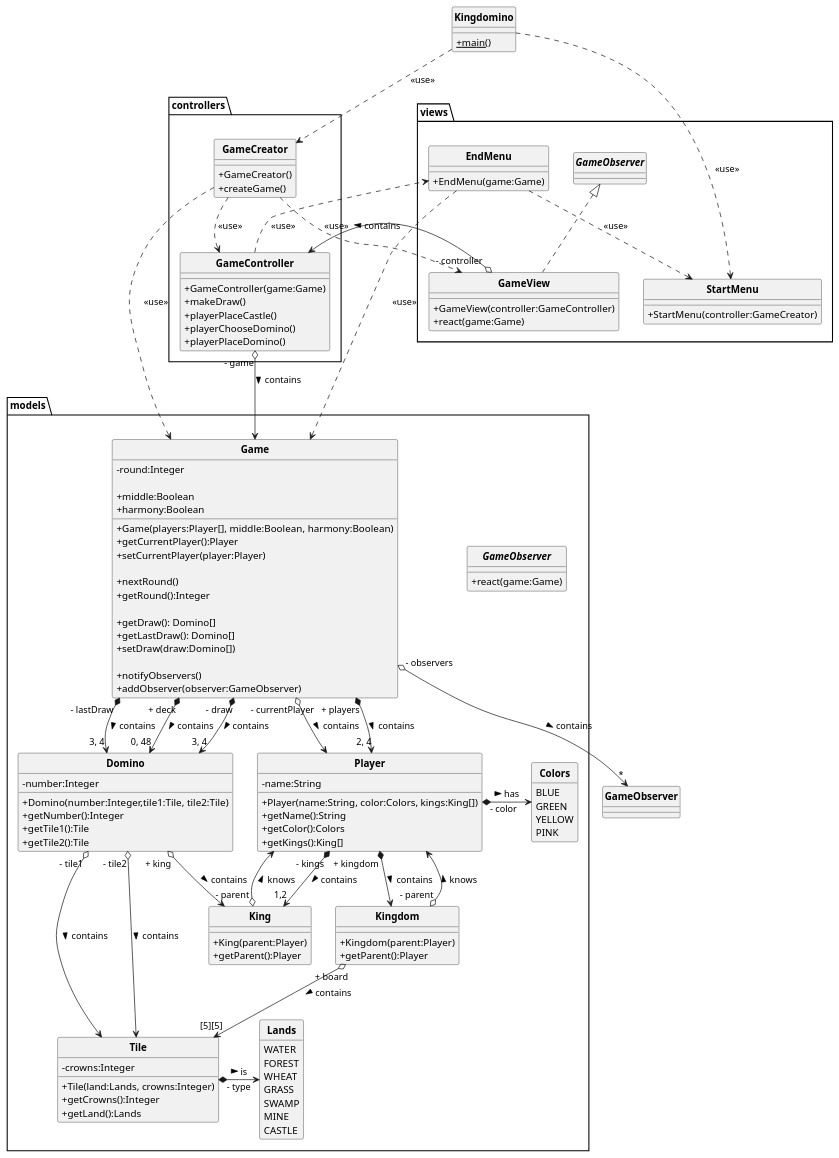
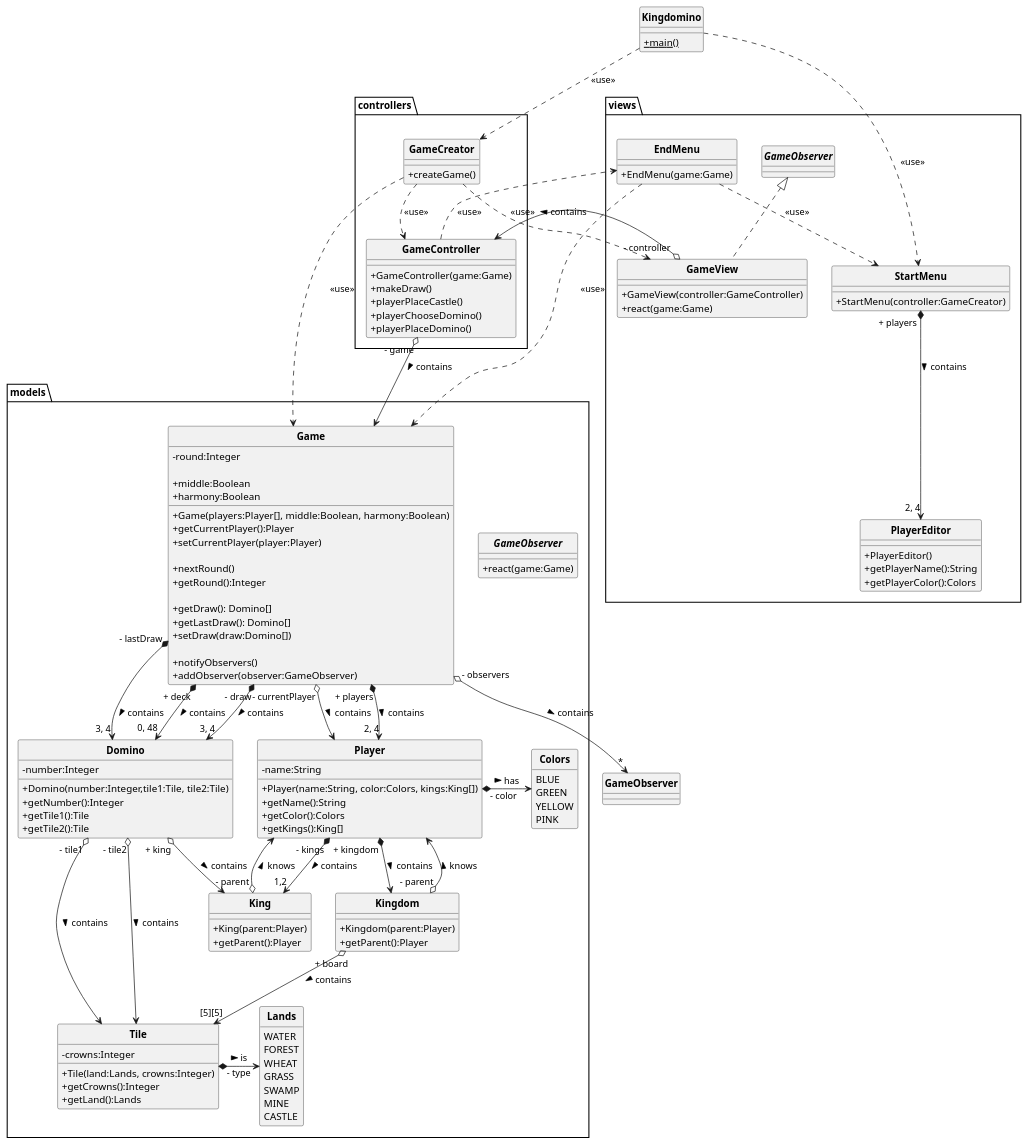
The diagram in rendu1/Kingdomino.puml (FranckG28/KingDomino), drawn with PlantUML before and after one commit. The commit also changed 6 other files, not shown here.

```diff
--- a/rendu1/Kingdomino.puml
+++ b/rendu1/Kingdomino.puml
@@ -1,169 +1,176 @@
 @startuml
 'https://plantuml.com/class-diagram
 
 skinparam style strictuml
 skinparam classAttributeIconSize 0
 skinparam classFontStyle Bold
 hide enum methods
 
 class Kingdomino {
     + {static}main()
 }
 
 package models {
 
     interface GameObserver {
         + react(game:Game)
     }
 
     class Game {
         + Game(players:Player[],  middle:Boolean, harmony:Boolean)
 
         - round:Integer
 
         + middle:Boolean
         + harmony:Boolean
 
         + getCurrentPlayer():Player
         + setCurrentPlayer(player:Player)
 
         + nextRound()
         + getRound():Integer
 
         + getDraw(): Domino[]
         + getLastDraw(): Domino[]
         + setDraw(draw:Domino[])
 
         + notifyObservers()
         + addObserver(observer:GameObserver)
 
     }
 
     class Player {
         + Player(name:String, color:Colors, kings:King[])
         - name:String
 
         + getName():String
         + getColor():Colors
         + getKings():King[]
 
     }
 
     class King {
         + King(parent:Player)
         + getParent():Player
     }
 
     class Kingdom {
         + Kingdom(parent:Player)
         + getParent():Player
     }
 
     class Domino {
         + Domino(number:Integer,tile1:Tile, tile2:Tile)
         - number:Integer
 
         + getNumber():Integer
         + getTile1():Tile
         + getTile2():Tile
 
     }
 
     class Tile {
         + Tile(land:Lands, crowns:Integer)
         - crowns:Integer
 
         + getCrowns():Integer
         + getLand():Lands
     }
 
     enum Lands {
         WATER
         FOREST
         WHEAT
         GRASS
         SWAMP
         MINE
         CASTLE
     }
 
     enum Colors {
         BLUE
         GREEN
         YELLOW
         PINK
     }
 
 }
 
 package views {
 
     class GameView implements GameObserver {
         + GameView(controller:GameController)
         + react(game:Game)
     }
 
     class StartMenu {
         + StartMenu(controller:GameCreator)
     }
 
     class EndMenu {
-       + EndMenu(game:Game)
+        + EndMenu(game:Game)
+    }
+
+    class PlayerEditor {
+        + PlayerEditor()
+        + getPlayerName():String
+        + getPlayerColor():Colors
     }
 }
 
 package controllers {
 
     class GameController {
         + GameController(game:Game)
         + makeDraw()
         + playerPlaceCastle()
         + playerChooseDomino()
         + playerPlaceDomino()
     }
 
     class GameCreator {
-        + GameCreator()
         + createGame()
     }
 
 }
 
 Kingdomino ..> StartMenu : "<<use>>"
 Kingdomino ..> GameCreator : "<<use>>"
 
 GameCreator ..> Game : "<<use>>"
 GameCreator ..> GameView : "<<use>>"
 GameCreator ..> GameController : "<<use>>"
 
 Game " + players" *--> "2, 4" Player : > contains
 Game " + deck" *--> "0, 48" Domino : > contains
 Game " - draw" *--> "3, 4" Domino : > contains
 Game " - lastDraw" *--> "3, 4" Domino : > contains
 Game " - observers" o--> "*" GameObserver : > contains
 Game " - currentPlayer" o--> Player : > contains
 
 GameController " - game" o--> Game : > contains
 GameController ..> EndMenu : "<<use>>"
 
 GameView " - controller" o--> GameController : > contains
 
+StartMenu " + players" *--> "2, 4" PlayerEditor : > contains
+
 EndMenu ..> Game : "<<use>>"
 EndMenu ..> StartMenu : "<<use>>"
 
 Player " + kingdom"  *--> Kingdom : > contains
 Player " - kings" *--> "1,2" King : > contains
 Player " - color" *-> Colors : > has
 
 King " - parent" o--> Player : > knows
 
 Kingdom " - parent" o--> Player : > knows
 Kingdom " + board" o--> "[5][5]" Tile : > contains
 
 Domino " - tile1" o-> Tile : > contains
 Domino " - tile2" o-> Tile : > contains
 Domino " + king" o--> King : > contains
 
 Tile *-> Lands : " - type" > is
 
 @enduml
```
